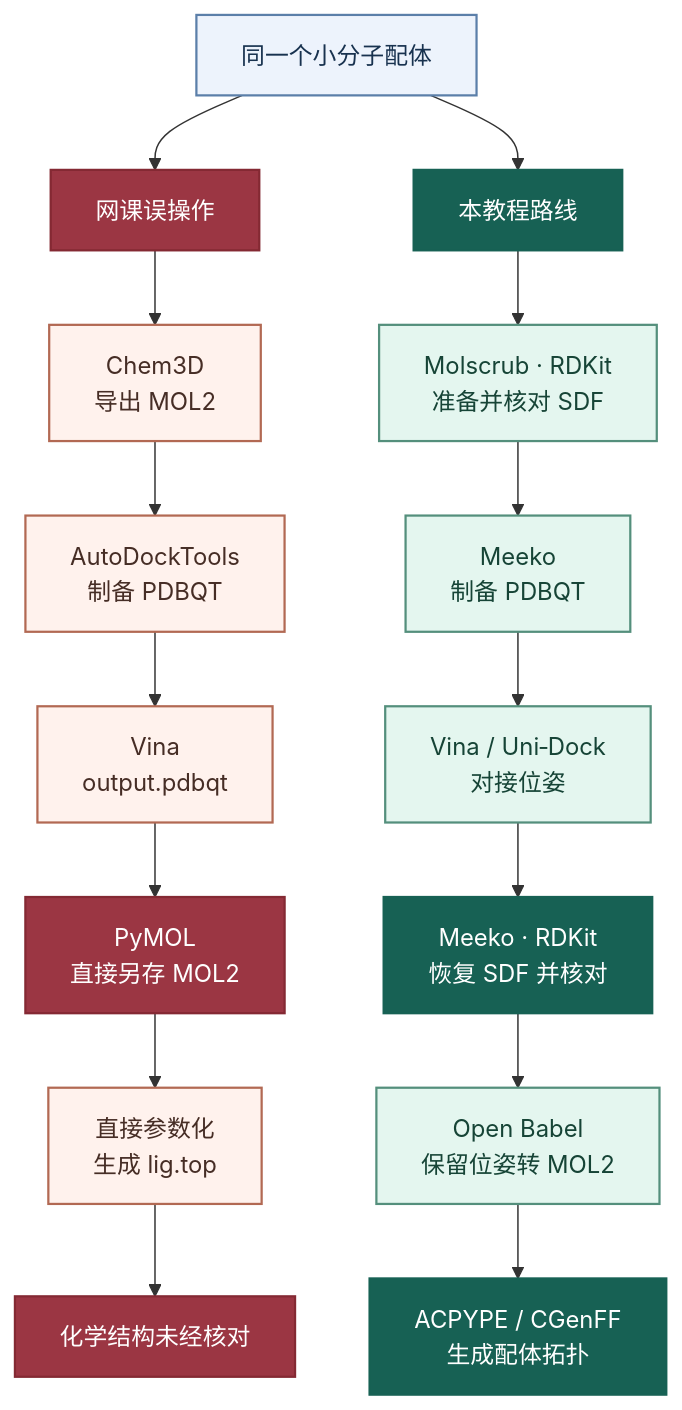
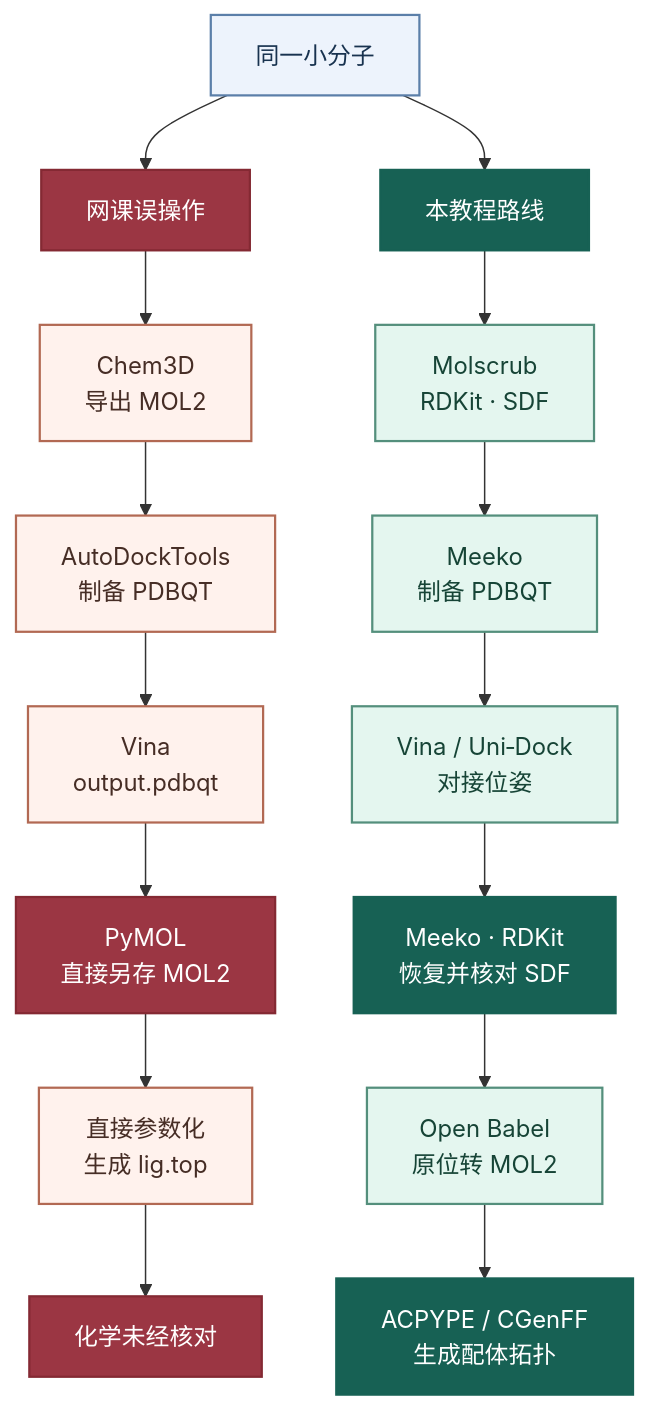
The fifth of 6 diagrams in README.md (LuciferBioLab/docking-gromacs-tutorial), drawn with Mermaid before and after one commit. The commit also changed other lines of this file, not shown here.

````diff
--- a/README.md
+++ b/README.md
@@ -220,43 +251,43 @@
 ```mermaid
 flowchart TD
-    start["同一个小分子配体"]
+    start["同一小分子"]
     wrong["网课误操作"]
     right["本教程路线"]
     w1["`Chem3D
 导出 MOL2`"]
-    r1["`Molscrub · RDKit
-准备并核对 SDF`"]
+    r1["`Molscrub
+RDKit · SDF`"]
     w2["`AutoDockTools
 制备 PDBQT`"]
     r2["`Meeko
 制备 PDBQT`"]
     w3["`Vina
 output.pdbqt`"]
     r3["`Vina / Uni‑Dock
 对接位姿`"]
     w4["`PyMOL
 直接另存 MOL2`"]
     r4["`Meeko · RDKit
-恢复 SDF 并核对`"]
+恢复并核对 SDF`"]
     w5["`直接参数化
 生成 lig.top`"]
     r5["`Open Babel
-保留位姿转 MOL2`"]
-    w6["化学结构未经核对"]
+原位转 MOL2`"]
+    w6["化学未经核对"]
     r6["`ACPYPE / CGenFF
 生成配体拓扑`"]
     start --> wrong & right
     wrong --> w1 --> w2 --> w3 --> w4 --> w5 --> w6
     right --> r1 --> r2 --> r3 --> r4 --> r5 --> r6
 
     classDef source fill:#edf3fc,stroke:#5b7fa9,color:#18324f,stroke-width:1.5px
     classDef legacy fill:#fff2ed,stroke:#b26953,color:#462d25,stroke-width:1.5px
     classDef reviewed fill:#e4f6ef,stroke:#548f7c,color:#164436,stroke-width:1.5px
     classDef risk fill:#9b3643,stroke:#842933,color:#ffffff,stroke-width:1.5px
     classDef approved fill:#176154,stroke:#176154,color:#ffffff,stroke-width:1.5px
     class start source
     class w1,w2,w3,w5 legacy
     class r1,r2,r3,r5 reviewed
     class wrong,w4,w6 risk
     class right,r4,r6 approved
 ```
````
